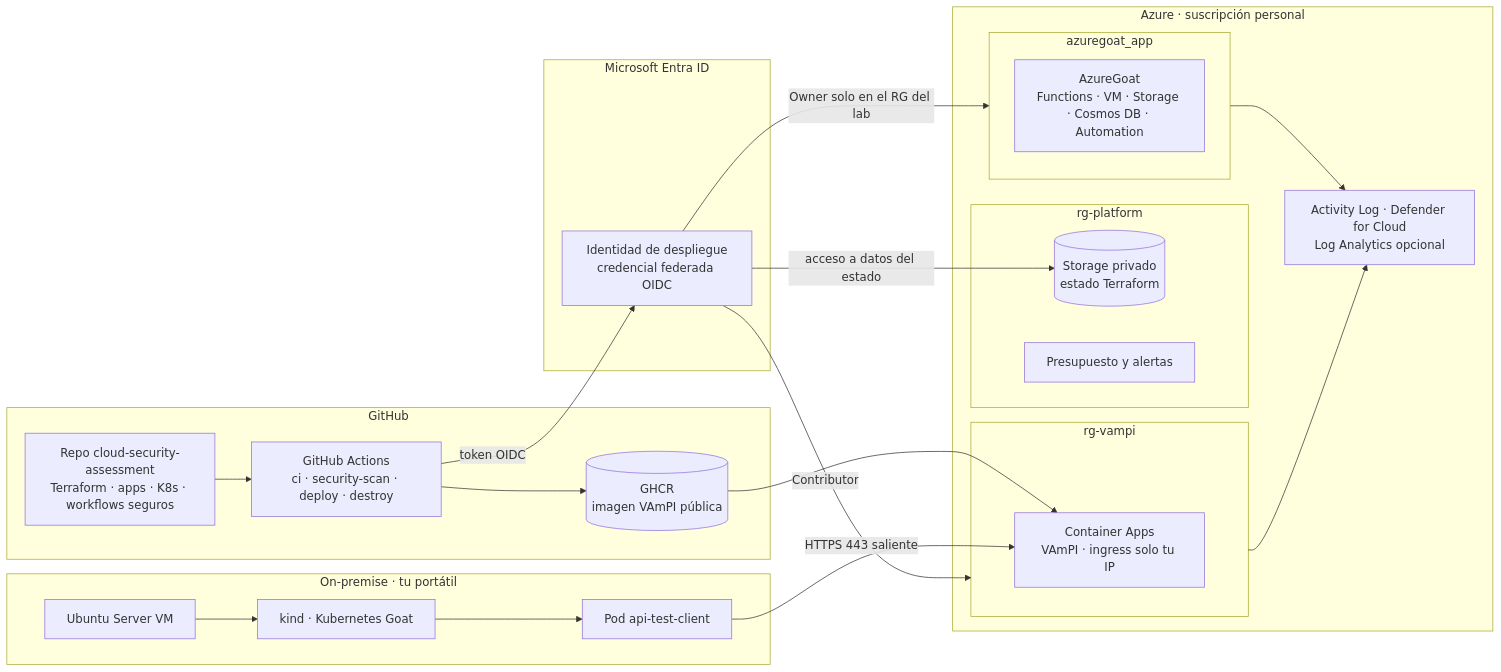
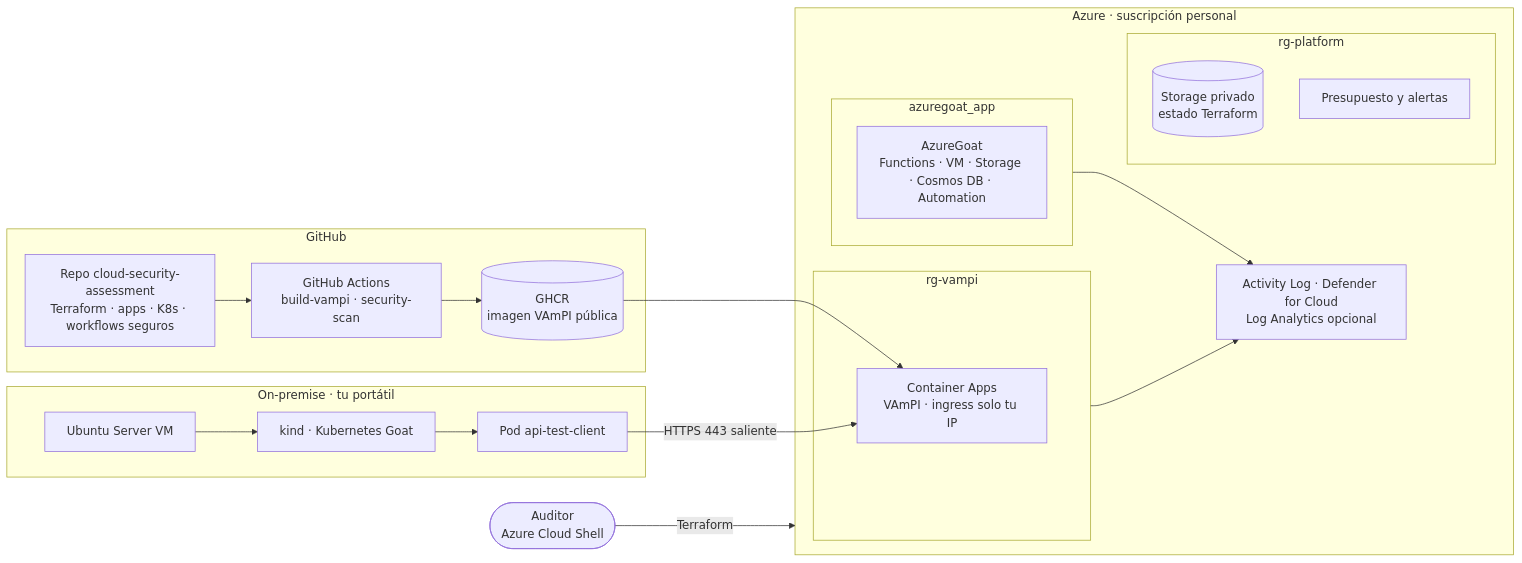
The diagram in architecture/architecture.mmd (Pentesting-Nublopost-onprem/cloud-security-assessment), drawn with Mermaid before and after one commit. The commit also changed 4 other files, not shown here.

First line of the commit message:
docs: arquitectura, red y alcance sin despliegue desde GitHub

```diff
--- a/architecture/architecture.mmd
+++ b/architecture/architecture.mmd
@@ -1,42 +1,37 @@
 flowchart LR
   subgraph GH["GitHub"]
     R1["Repo cloud-security-assessment<br/>Terraform · apps · K8s · workflows seguros"]
-    GA["GitHub Actions<br/>ci · security-scan · deploy · destroy"]
+    GA["GitHub Actions<br/>build-vampi · security-scan"]
     GHCR[("GHCR<br/>imagen VAmPI pública")]
     R1 --> GA
     GA --> GHCR
   end
 
-  subgraph ENTRA["Microsoft Entra ID"]
-    OIDC["Identidad de despliegue<br/>credencial federada OIDC"]
-  end
+  OP(["Auditor<br/>Azure Cloud Shell"])
 
   subgraph AZ["Azure · suscripción personal"]
     subgraph PLAT["rg-platform"]
       ST[("Storage privado<br/>estado Terraform")]
       BUD["Presupuesto y alertas"]
     end
     subgraph LAB["azuregoat_app"]
       AG["AzureGoat<br/>Functions · VM · Storage · Cosmos DB · Automation"]
     end
     subgraph APIRG["rg-vampi"]
       ACA["Container Apps<br/>VAmPI · ingress solo tu IP"]
     end
     MON["Activity Log · Defender for Cloud<br/>Log Analytics opcional"]
   end
 
   subgraph ONP["On-premise · tu portátil"]
     VM["Ubuntu Server VM"]
     KIND["kind · Kubernetes Goat"]
     CLI["Pod api-test-client"]
     VM --> KIND --> CLI
   end
 
-  GA -- "token OIDC" --> OIDC
-  OIDC -- "Owner solo en el RG del lab" --> LAB
-  OIDC -- "Contributor" --> APIRG
-  OIDC -- "acceso a datos del estado" --> ST
+  OP -- "Terraform" --> AZ
   GHCR --> ACA
   CLI -- "HTTPS 443 saliente" --> ACA
   LAB --> MON
   APIRG --> MON
```
